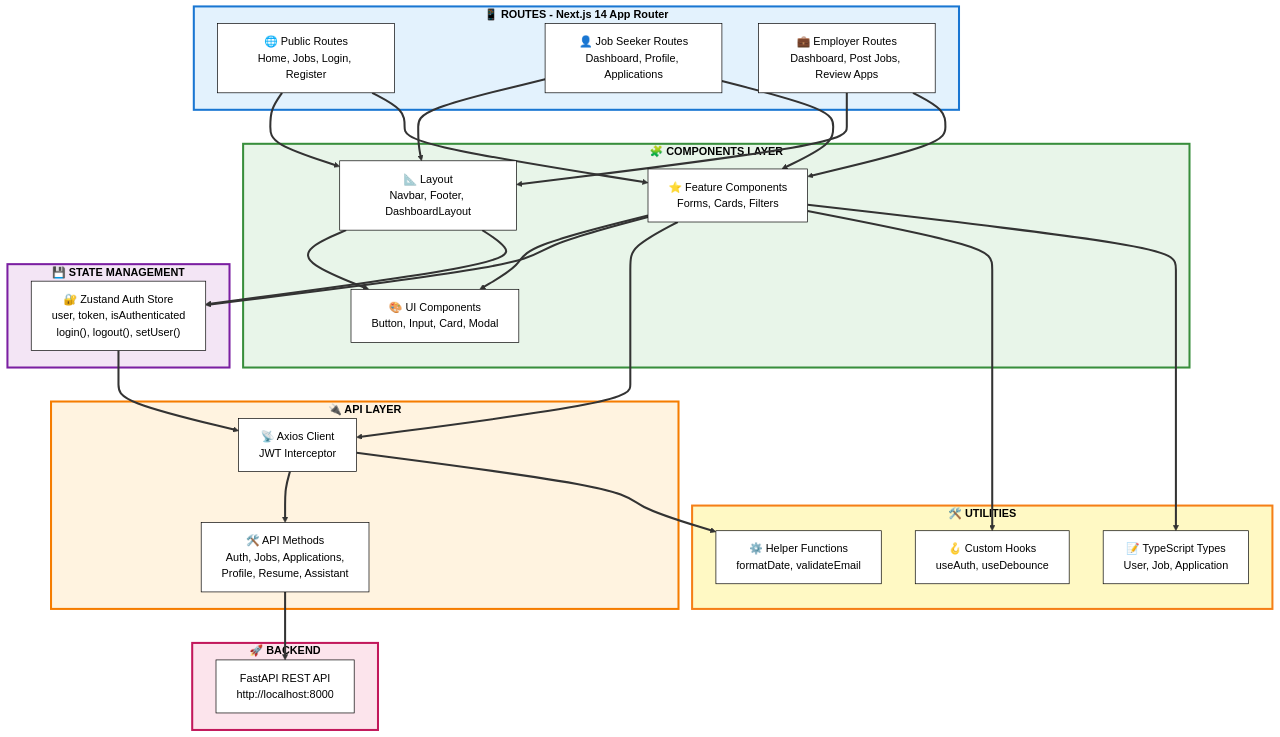
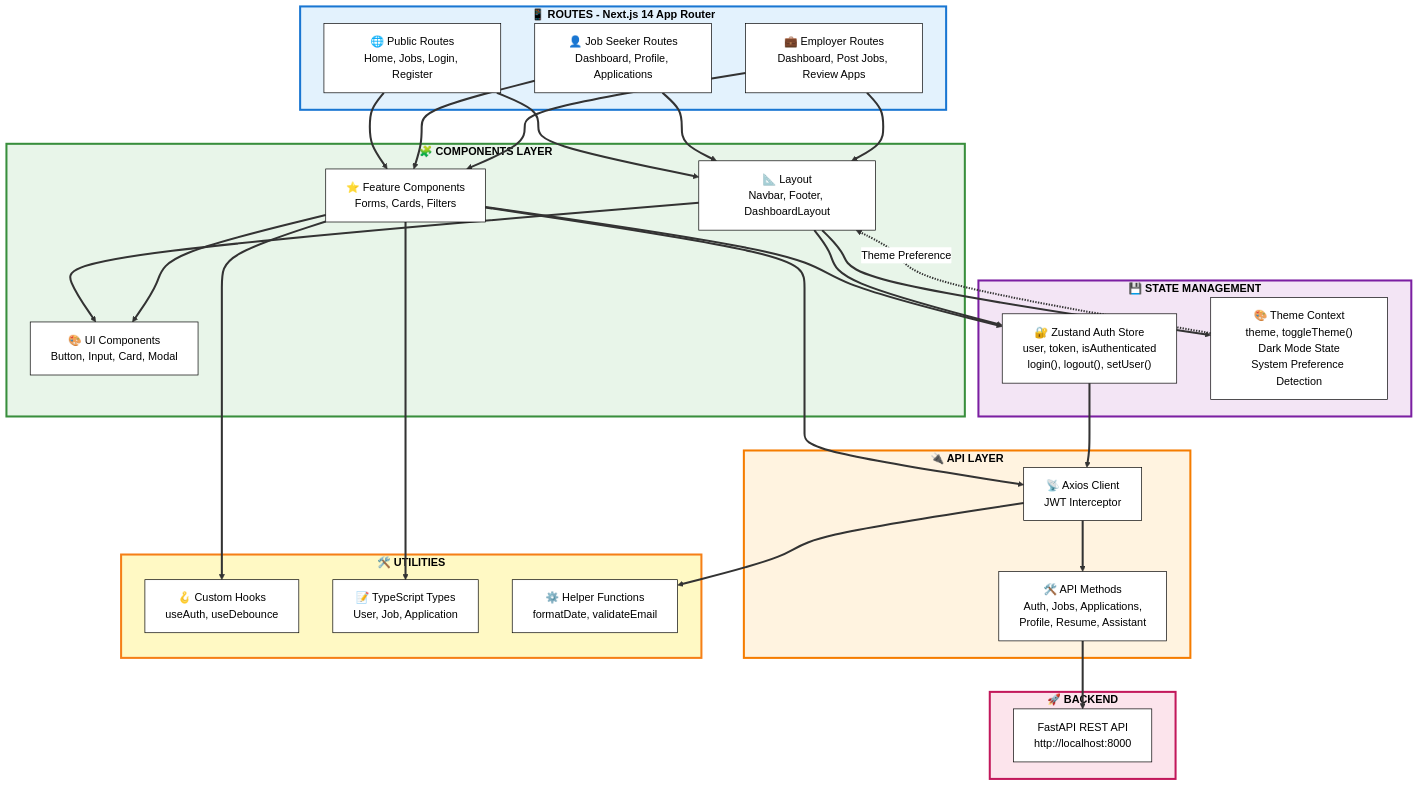
One commit to fly2safa/JobPortal changed the fourth of 5 diagrams in README.md. Above: the diagram before and after it, drawn with Mermaid. The commit also changed other lines of this file and 1 other file, not shown here.

````diff
--- a/README.md
+++ b/README.md
@@ -350,77 +452,80 @@
 ```mermaid
 %%{init: {'theme':'base', 'themeVariables': { 'primaryColor':'#ffffff','primaryTextColor':'#000000','primaryBorderColor':'#000000','lineColor':'#333333','secondaryColor':'#f4f4f4','tertiaryColor':'#ffffff','clusterBkg':'#f9f9f9','clusterBorder':'#333333','titleColor':'#000000','edgeLabelBackground':'#ffffff'}}}%%
 graph TB
     subgraph Routes["<b>📱 ROUTES - Next.js 14 App Router</b>"]
         PublicRoutes["🌐 Public Routes<br/>Home, Jobs, Login, Register"]
         JSRoutes["👤 Job Seeker Routes<br/>Dashboard, Profile, Applications"]
         EMPRoutes["💼 Employer Routes<br/>Dashboard, Post Jobs, Review Apps"]
     end
     
     subgraph Components["<b>🧩 COMPONENTS LAYER</b>"]
         Layout["📐 Layout<br/>Navbar, Footer, DashboardLayout"]
         UI["🎨 UI Components<br/>Button, Input, Card, Modal"]
         Features["⭐ Feature Components<br/>Forms, Cards, Filters"]
     end
     
     subgraph State["<b>💾 STATE MANAGEMENT</b>"]
         AuthStore["🔐 Zustand Auth Store<br/>user, token, isAuthenticated<br/>login(), logout(), setUser()"]
+        ThemeContext["🎨 Theme Context<br/>theme, toggleTheme()<br/>Dark Mode State<br/>System Preference Detection"]
     end
     
     subgraph API["<b>🔌 API LAYER</b>"]
         APIClient["📡 Axios Client<br/>JWT Interceptor"]
         APIMethods["🛠️ API Methods<br/>Auth, Jobs, Applications,<br/>Profile, Resume, Assistant"]
     end
     
     subgraph Utils["<b>🛠️ UTILITIES</b>"]
         Hooks["🪝 Custom Hooks<br/>useAuth, useDebounce"]
         Types["📝 TypeScript Types<br/>User, Job, Application"]
         Helpers["⚙️ Helper Functions<br/>formatDate, validateEmail"]
     end
     
     subgraph Backend["<b>🚀 BACKEND</b>"]
         FastAPI["FastAPI REST API<br/>http://localhost:8000"]
     end
     
     %% Connections
     PublicRoutes ==> Layout
     JSRoutes ==> Layout
     EMPRoutes ==> Layout
     
     PublicRoutes ==> Features
     JSRoutes ==> Features
     EMPRoutes ==> Features
     
     Layout ==> UI
     Features ==> UI
     
     Features ==> AuthStore
     Layout ==> AuthStore
+    Layout ==> ThemeContext
     
     Features ==> APIClient
     AuthStore ==> APIClient
+    ThemeContext -.->|"Theme Preference"| Layout
     
     APIClient ==> APIMethods
     APIMethods ==> FastAPI
     
     Features ==> Hooks
     Features ==> Types
     APIClient ==> Helpers
     
     %% Styling
     classDef routesStyle fill:#e3f2fd,stroke:#1976d2,stroke-width:3px
     classDef componentsStyle fill:#e8f5e9,stroke:#388e3c,stroke-width:3px
     classDef stateStyle fill:#f3e5f5,stroke:#7b1fa2,stroke-width:3px
     classDef apiStyle fill:#fff3e0,stroke:#f57c00,stroke-width:3px
     classDef utilsStyle fill:#fff9c4,stroke:#f57f17,stroke-width:3px
     classDef backendStyle fill:#fce4ec,stroke:#c2185b,stroke-width:3px
     
     class Routes routesStyle
     class Components componentsStyle
     class State stateStyle
     class API apiStyle
     class Utils utilsStyle
     class Backend backendStyle
     
     %% Link styling
     linkStyle default stroke:#333,stroke-width:3px
 ```
````
